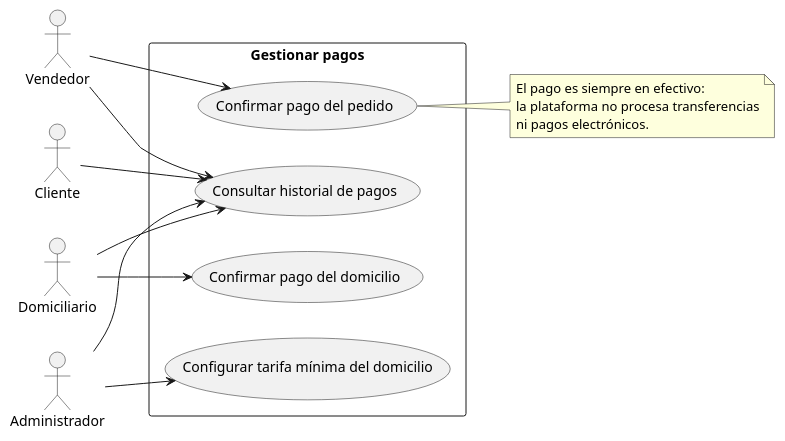
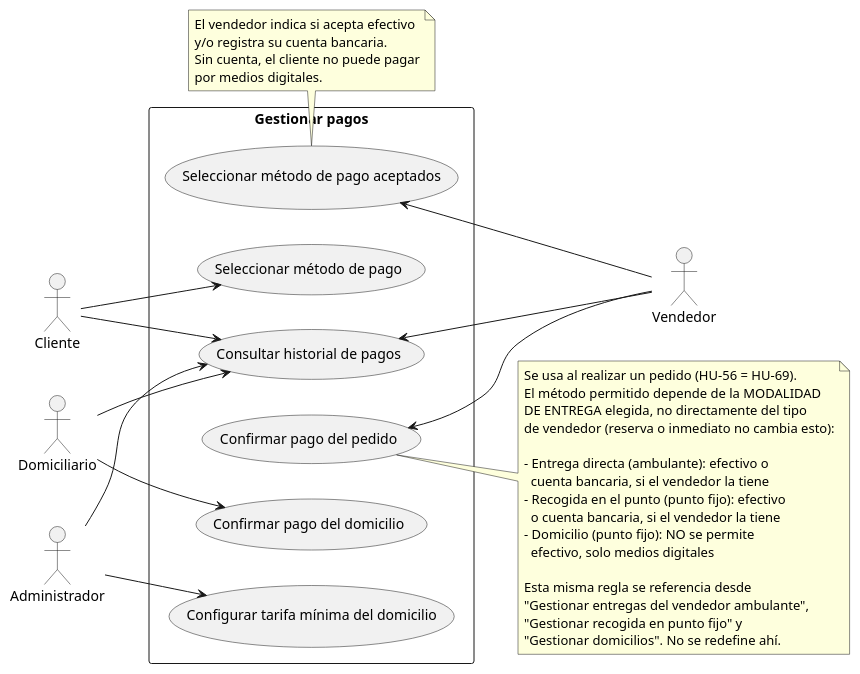
Before and after one commit to RAAR-18/napa: the diagram in casos de uso/gestionar_pagos.puml, drawn with PlantUML. The commit also changed 7 other files, not shown here.

Commit message:
fix(casos-de-uso): corregir relaciones invertidas y separar entregas por tipo de vendedor.

```diff
--- a/casos de uso/gestionar_pagos.puml
+++ b/casos de uso/gestionar_pagos.puml
@@ -1,32 +1,58 @@
 @startuml
 
 left to right direction
 
 actor "Cliente" as c
 actor "Vendedor" as v
 actor "Domiciliario" as d
 actor "Administrador" as adm
 
 rectangle "Gestionar pagos" {
   usecase "Confirmar pago del pedido" as UC1
   usecase "Confirmar pago del domicilio" as UC2
   usecase "Configurar tarifa mínima del domicilio" as UC3
   usecase "Consultar historial de pagos" as UC4
+  usecase "Seleccionar método de pago" as UC5
+  usecase "Seleccionar método de pago aceptados" as UC6
 }
 
-v --> UC1
+UC1 <-- v
+UC4 <-- v
+UC6 <-- v
 d --> UC2
 adm --> UC3
 
 c --> UC4
-v --> UC4
+c --> UC5
+
+
 d --> UC4
 adm --> UC4
 
 note right of UC1
-  El pago es siempre en efectivo:
-  la plataforma no procesa transferencias
-  ni pagos electrónicos.
+  Se usa al realizar un pedido (HU-56 = HU-69).
+  El método permitido depende de la MODALIDAD
+  DE ENTREGA elegida, no directamente del tipo
+  de vendedor (reserva o inmediato no cambia esto):
+
+  - Entrega directa (ambulante): efectivo o
+    cuenta bancaria, si el vendedor la tiene
+  - Recogida en el punto (punto fijo): efectivo
+    o cuenta bancaria, si el vendedor la tiene
+  - Domicilio (punto fijo): NO se permite
+    efectivo, solo medios digitales
+
+  Esta misma regla se referencia desde
+  "Gestionar entregas del vendedor ambulante",
+  "Gestionar recogida en punto fijo" y
+  "Gestionar domicilios". No se redefine ahí.
+end note
+
+note bottom of UC6
+  El vendedor indica si acepta efectivo
+  y/o registra su cuenta bancaria.
+  Sin cuenta, el cliente no puede pagar
+  por medios digitales.
 end note
 
 @enduml
```
